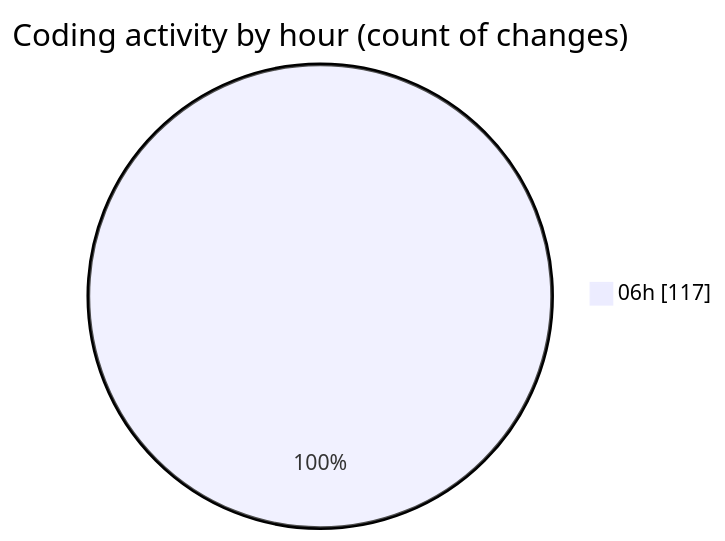
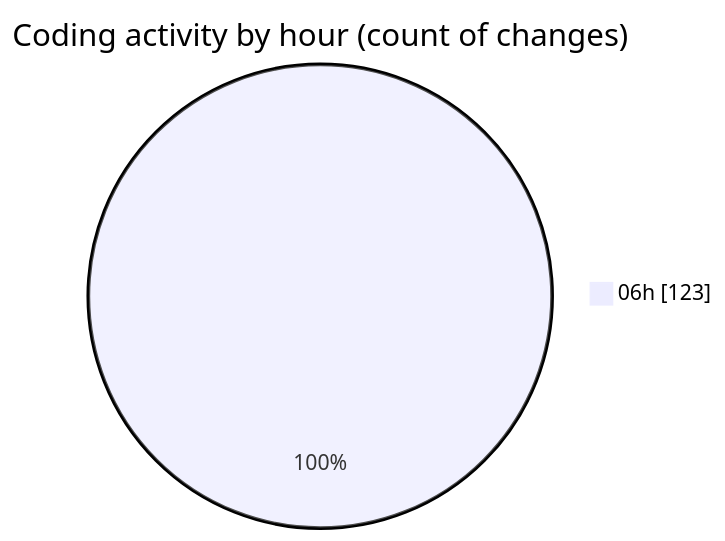
Before and after one commit to vahidmafi/code-tracking: the second of 2 diagrams in 2025-11-09/shop/README.md, drawn with Mermaid. The commit also changed other lines of this file and 1 other file, not shown here.

````diff
--- a/2025-11-09/shop/README.md
+++ b/2025-11-09/shop/README.md
@@ -85,5 +88,5 @@
 ```mermaid
 pie showData
 title Coding activity by hour (count of changes)
-"06h" : 117
+"06h" : 123
 ```
````
